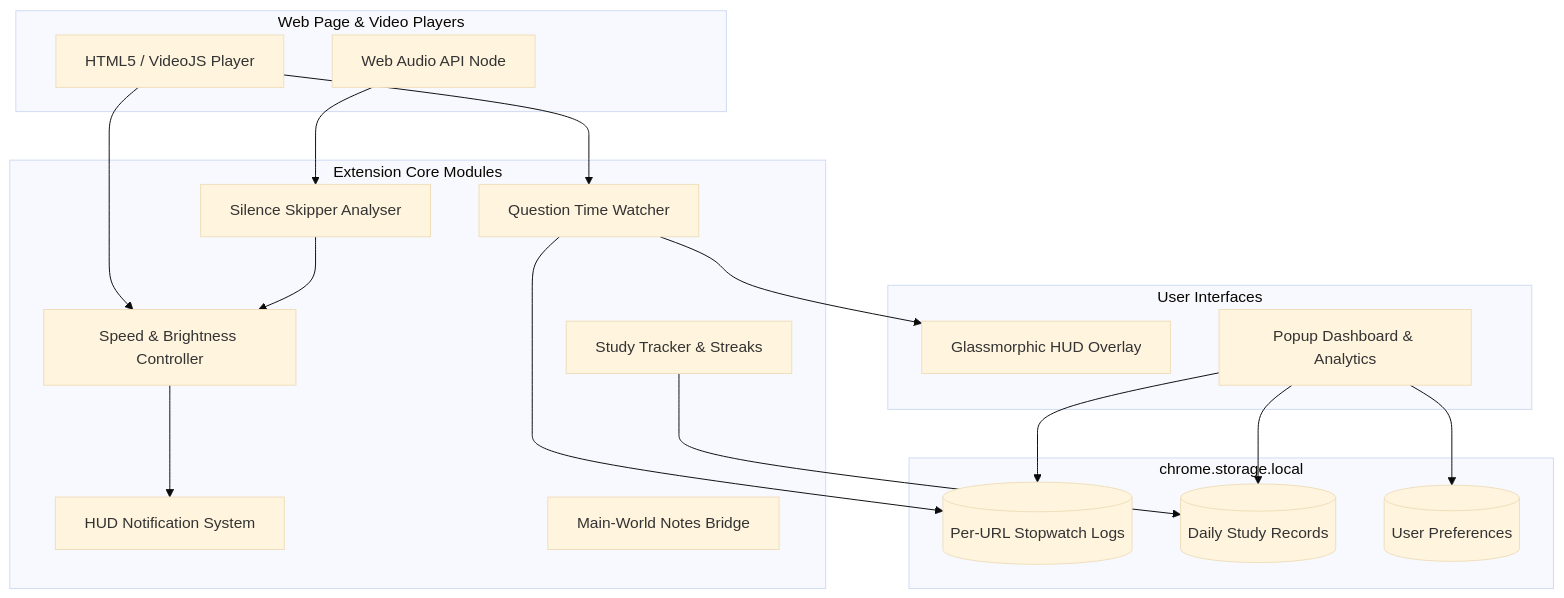
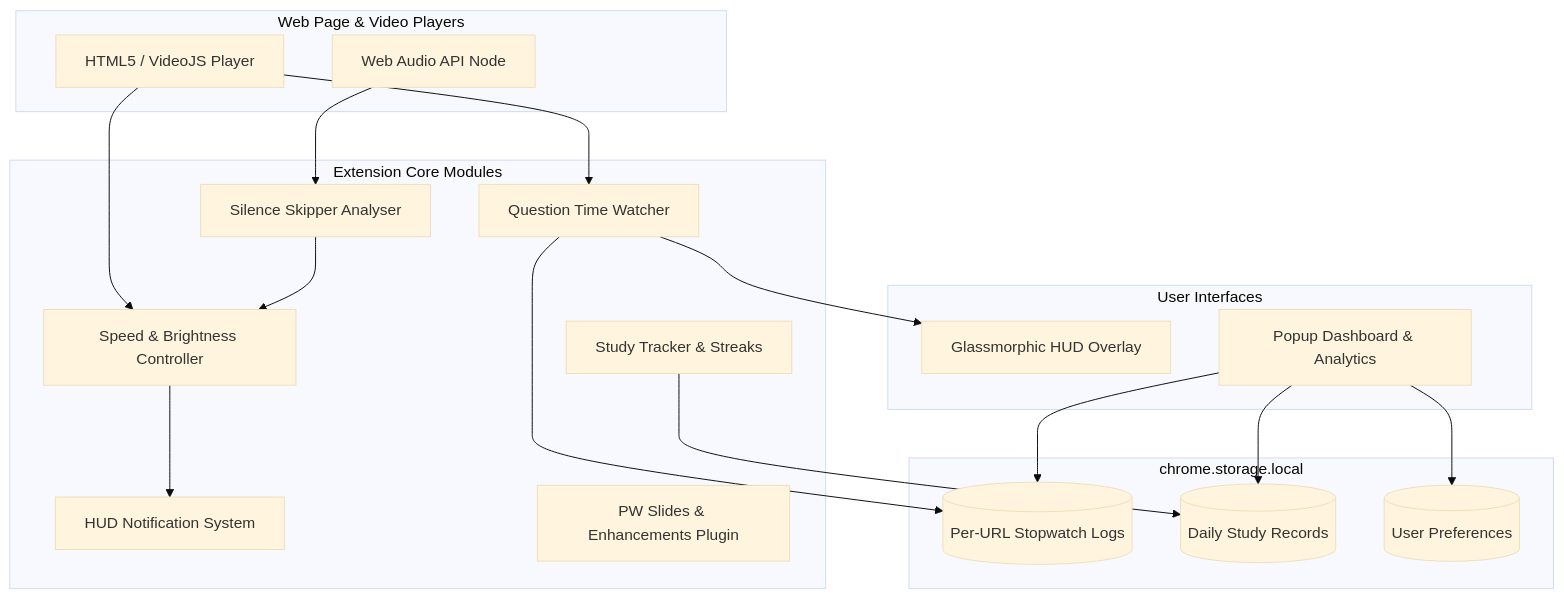
One commit to Fire162/PW-extension changed the diagram in README.md. Above: the diagram before and after it, drawn with Mermaid (base theme). The commit also changed other lines of this file and 10 other files, not shown here.

First line of the commit message:
feat: re-integrate automation macros, slides drawer, topic title, and notes deprecation

````diff
--- a/README.md
+++ b/README.md
@@ -62,39 +63,39 @@
 ```mermaid
 flowchart TD
     subgraph Browser ["Web Page & Video Players"]
         DOM[HTML5 / VideoJS Player]
         AudioStream[Web Audio API Node]
     end
 
     subgraph CoreEngine ["Extension Core Modules"]
         HUD[HUD Notification System]
         SpeedCtrl[Speed & Brightness Controller]
         SilenceSkip[Silence Skipper Analyser]
         QTimer[Question Time Watcher]
         Tracker[Study Tracker & Streaks]
-        Bridge[Main-World Notes Bridge]
+        PWEnhance[PW Slides & Enhancements Plugin]
     end
 
     subgraph UI ["User Interfaces"]
         Widget[Glassmorphic HUD Overlay]
         Popup[Popup Dashboard & Analytics]
     end
 
     subgraph Storage ["chrome.storage.local"]
         URLState[(Per-URL Stopwatch Logs)]
         StudyStats[(Daily Study Records)]
         Config[(User Preferences)]
     end
 
     DOM --> SpeedCtrl
     DOM --> QTimer
     AudioStream --> SilenceSkip
     SilenceSkip --> SpeedCtrl
     SpeedCtrl --> HUD
     QTimer --> Widget
     QTimer --> URLState
     Tracker --> StudyStats
     Popup --> Config
     Popup --> StudyStats
     Popup --> URLState
 ```
````
